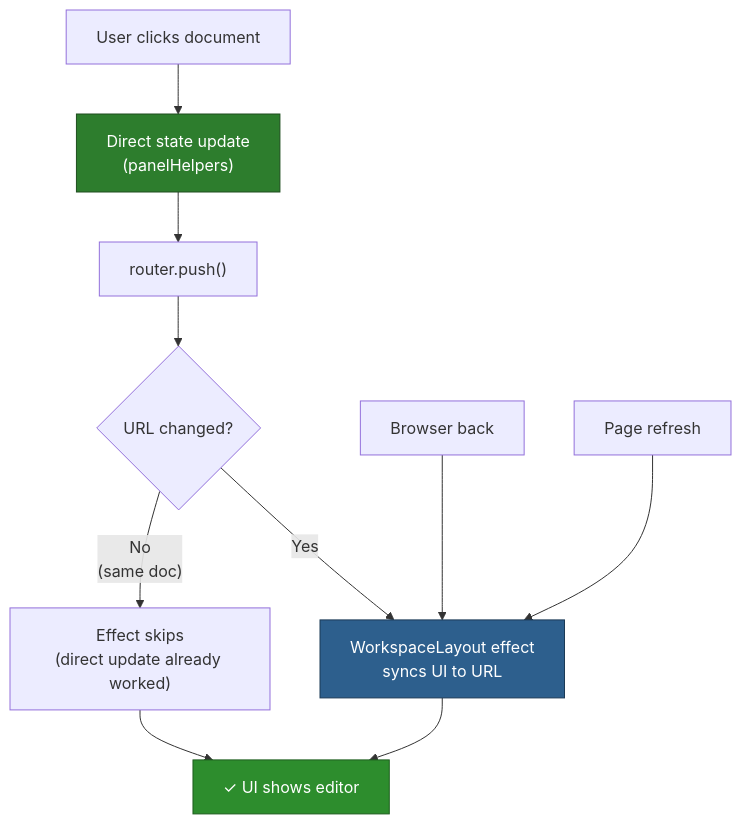
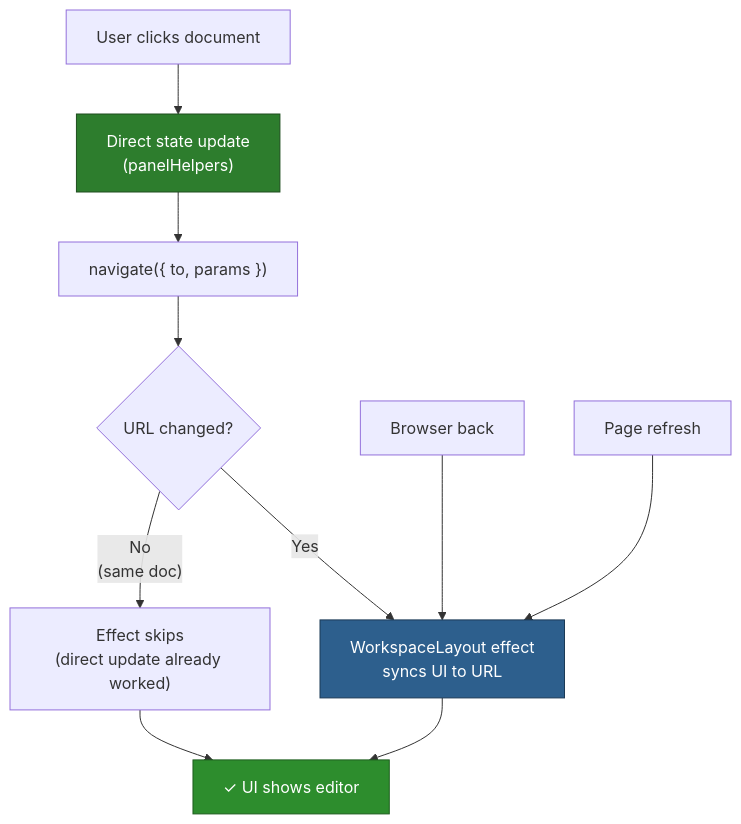
One commit to haowjy/meridian changed the first of 3 diagrams in _docs/technical/frontend/architecture/navigation-pattern.md. Above: the diagram before and after it, drawn with Mermaid. The commit also changed other lines of this file and 129 other files, not shown here.

````diff
--- a/_docs/technical/frontend/architecture/navigation-pattern.md
+++ b/_docs/technical/frontend/architecture/navigation-pattern.md
@@ -11,19 +11,19 @@
 ```mermaid
 flowchart TD
     Click["User clicks document"] --> Direct["Direct state update\n(panelHelpers)"]
-    Direct --> Router["router.push()"]
+    Direct --> Router["navigate({ to, params })"]
     Router --> URLChange{"URL changed?"}
 
     URLChange -->|"Yes"| Effect["WorkspaceLayout effect\nsyncs UI to URL"]
     URLChange -->|"No\n(same doc)"| Skip["Effect skips\n(direct update already worked)"]
 
     Effect --> Done["✓ UI shows editor"]
     Skip --> Done
 
     Back["Browser back"] --> Effect
     Refresh["Page refresh"] --> Effect
 
     style Direct fill:#2d7d2d,stroke:#1e4d1e,color:#fff
     style Effect fill:#2d5f8d,stroke:#1b3a56,color:#fff
     style Done fill:#2d8d2d,stroke:#1e5d1e,color:#fff
 ```
````
